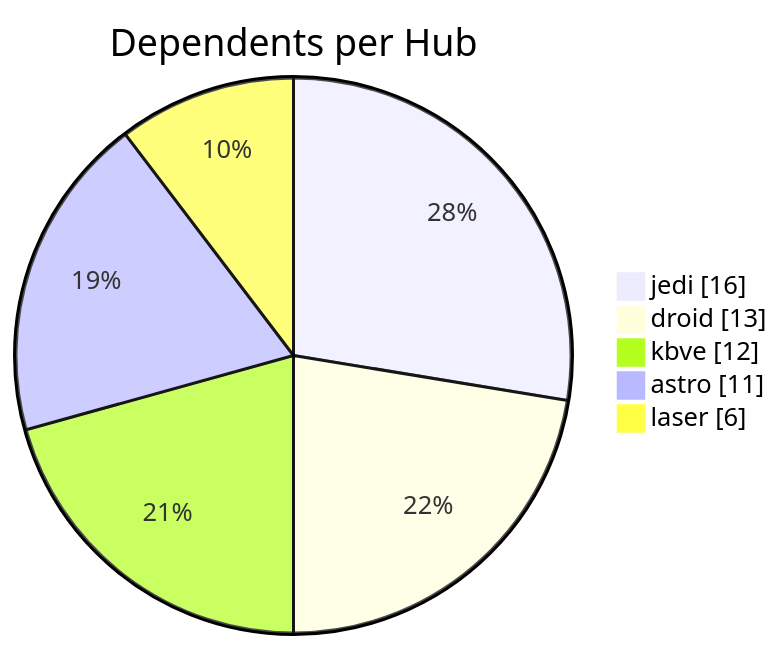
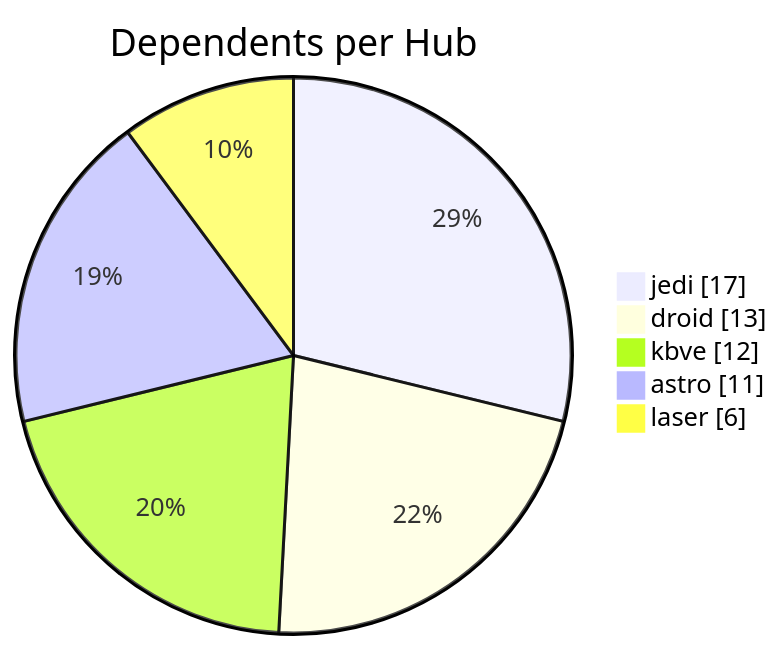
The second of 3 diagrams in apps/kbve/astro-kbve/src/content/docs/dashboard/graph.mdx (KBVE/kbve), drawn with Mermaid before and after one commit. The commit also changed other lines of this file and 8 other files, not shown here.

````diff
--- a/apps/kbve/astro-kbve/src/content/docs/dashboard/graph.mdx
+++ b/apps/kbve/astro-kbve/src/content/docs/dashboard/graph.mdx
@@ -66,9 +66,9 @@
 ```mermaid
 pie showData
     title Dependents per Hub
-    "jedi" : 16
+    "jedi" : 17
     "droid" : 13
     "kbve" : 12
     "astro" : 11
     "laser" : 6
 ```
````
